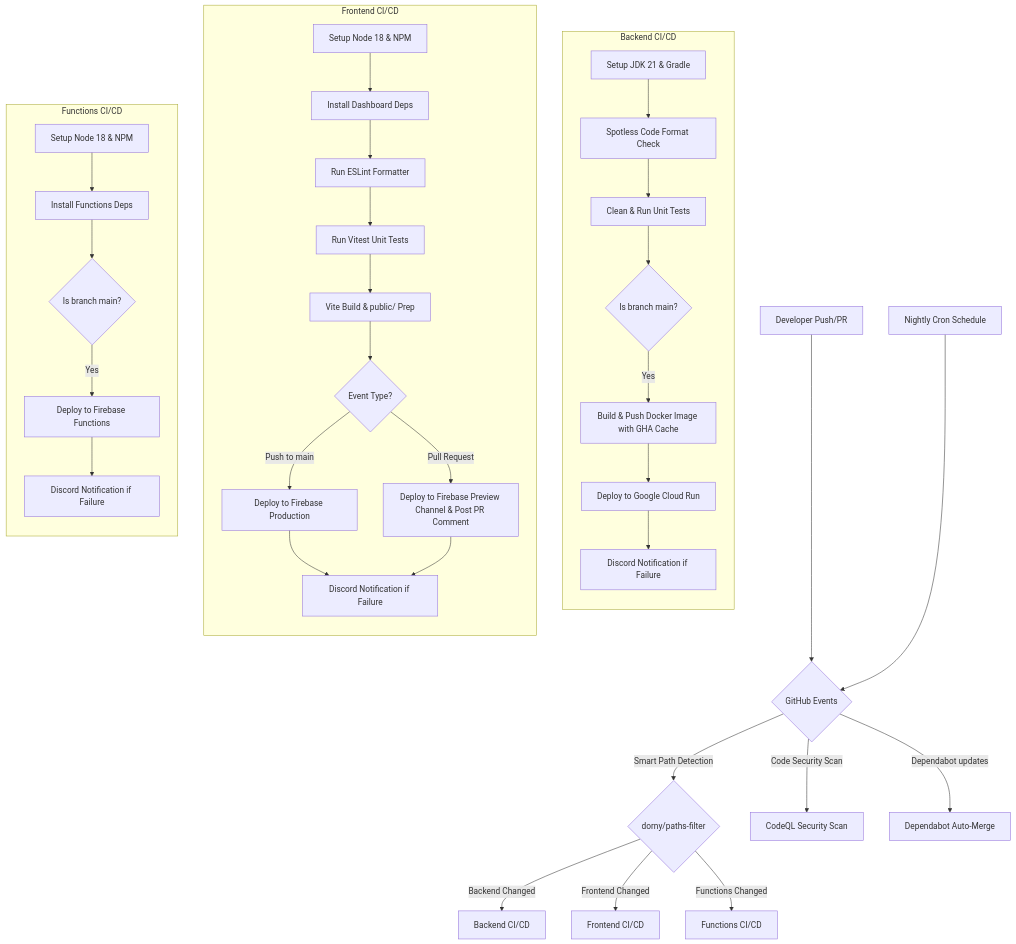
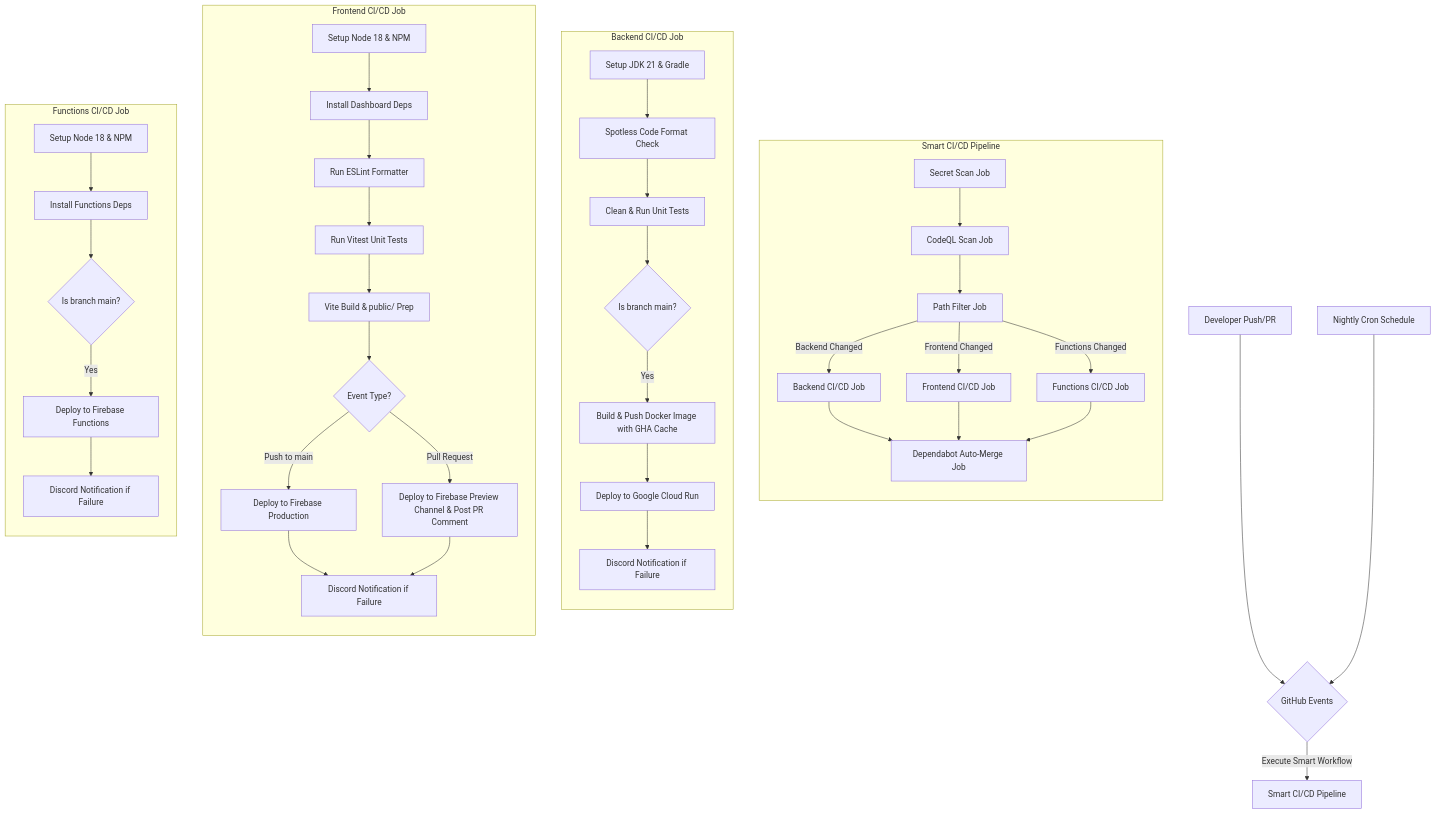
One commit to paykaribazaronline/supremeai changed the diagram in docs/01_Architecture/GITHUB_ARCHITECTURE.md. Above: the diagram before and after it, drawn with Mermaid. The commit also changed other lines of this file and 16 other files, not shown here.

````diff
--- a/docs/01_Architecture/GITHUB_ARCHITECTURE.md
+++ b/docs/01_Architecture/GITHUB_ARCHITECTURE.md
@@ -9,44 +9,52 @@
 ```mermaid
 flowchart TD
     Developer[Developer Push/PR] --> Trigger{GitHub Events}
     Cron[Nightly Cron Schedule] --> Trigger
     
-    Trigger -->|Smart Path Detection| Filter{dorny/paths-filter}
+    Trigger -->|Execute Smart Workflow| Pipeline[Smart CI/CD Pipeline]
     
-    Filter -->|Backend Changed| PipelineA[Backend CI/CD]
-    Filter -->|Frontend Changed| PipelineB[Frontend CI/CD]
-    Filter -->|Functions Changed| PipelineC[Functions CI/CD]
-    Trigger -->|Code Security Scan| CodeQL[CodeQL Security Scan]
-    Trigger -->|Dependabot updates| DepMerge[Dependabot Auto-Merge]
+    subgraph Smart CI/CD Pipeline
+        direction TB
+        S1[Secret Scan Job] --> S2[CodeQL Scan Job]
+        S2 --> S3[Path Filter Job]
+        
+        S3 -->|Backend Changed| A[Backend CI/CD Job]
+        S3 -->|Frontend Changed| B[Frontend CI/CD Job]
+        S3 -->|Functions Changed| C[Functions CI/CD Job]
+        
+        A --> M[Dependabot Auto-Merge Job]
+        B --> M
+        C --> M
+    end
     
-    subgraph Backend CI/CD
+    subgraph Backend CI/CD Job
         direction TB
         A1[Setup JDK 21 & Gradle] --> A2[Spotless Code Format Check]
         A2 --> A3[Clean & Run Unit Tests]
         A3 --> A4{Is branch main?}
         A4 -->|Yes| A5[Build & Push Docker Image with GHA Cache]
         A5 --> A6[Deploy to Google Cloud Run]
         A6 --> A7[Discord Notification if Failure]
     end
     
-    subgraph Frontend CI/CD
+    subgraph Frontend CI/CD Job
         direction TB
         B1[Setup Node 18 & NPM] --> B2[Install Dashboard Deps]
         B2 --> B3[Run ESLint Formatter]
         B3 --> B4[Run Vitest Unit Tests]
         B4 --> B5[Vite Build & public/ Prep]
         B5 --> B6{Event Type?}
         B6 -->|Push to main| B7[Deploy to Firebase Production]
         B6 -->|Pull Request| B8[Deploy to Firebase Preview Channel & Post PR Comment]
         B7 --> B9[Discord Notification if Failure]
         B8 --> B9
     end
 
-    subgraph Functions CI/CD
+    subgraph Functions CI/CD Job
         direction TB
         C1[Setup Node 18 & NPM] --> C2[Install Functions Deps]
         C2 --> C3{Is branch main?}
         C3 -->|Yes| C4[Deploy to Firebase Functions]
         C4 --> C5[Discord Notification if Failure]
     end
 ```
````
